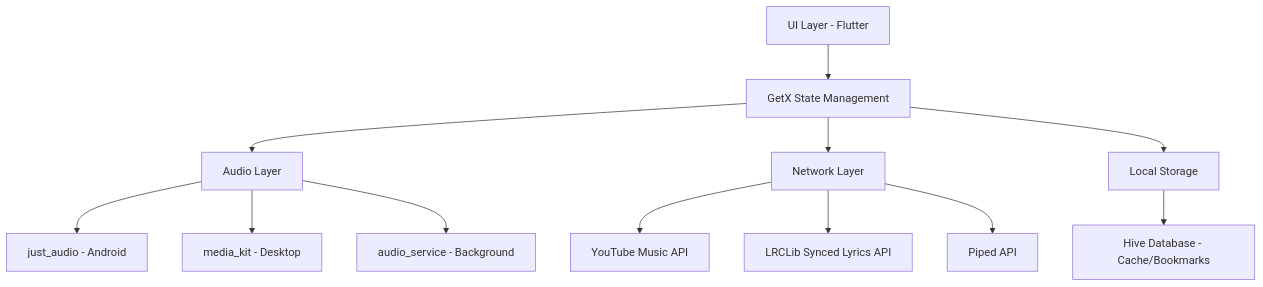
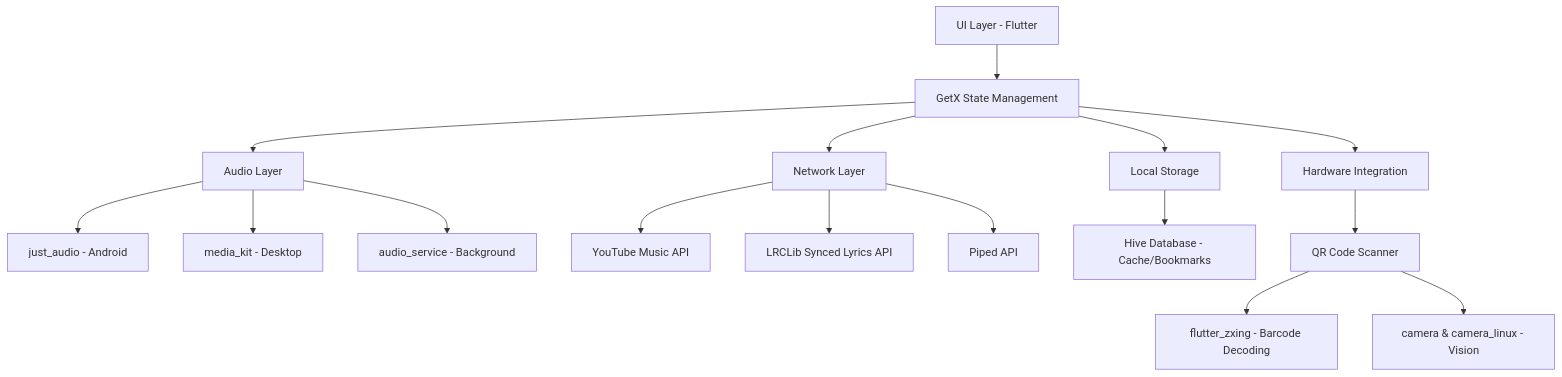
The diagram in README.md (North-Abyss/Harmony-Music), drawn with Mermaid before and after one commit. The commit also changed other lines of this file and 22 other files, not shown here.

````diff
--- a/README.md
+++ b/README.md
@@ -37,18 +37,23 @@
 ```mermaid
 graph TD
     UI[UI Layer - Flutter] --> GetX[GetX State Management]
     
     GetX --> Audio[Audio Layer]
     GetX --> Network[Network Layer]
     GetX --> Storage[Local Storage]
+    GetX --> Hardware[Hardware Integration]
     
     Audio --> JustAudio[just_audio - Android]
     Audio --> MediaKit[media_kit - Desktop]
     Audio --> AudioService[audio_service - Background]
     
     Network --> YTM[YouTube Music API]
     Network --> Lyrics[LRCLib Synced Lyrics API]
     Network --> Piped[Piped API]
     
     Storage --> Hive[Hive Database - Cache/Bookmarks]
+    
+    Hardware --> Scanner[QR Code Scanner]
+    Scanner --> ZXing[flutter_zxing - Barcode Decoding]
+    Scanner --> Camera[camera & camera_linux - Vision]
 ```
````
